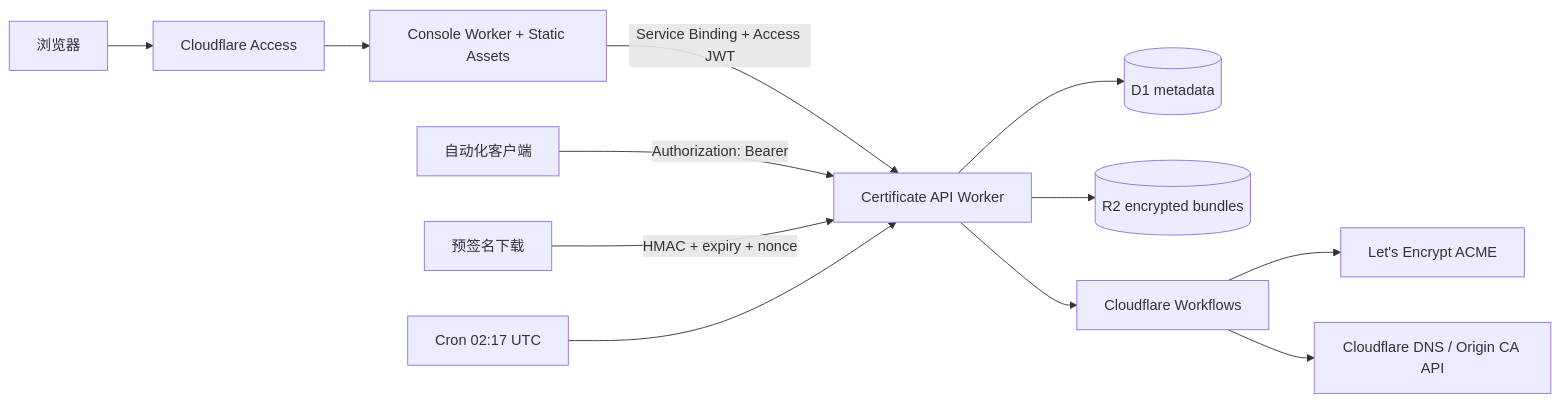
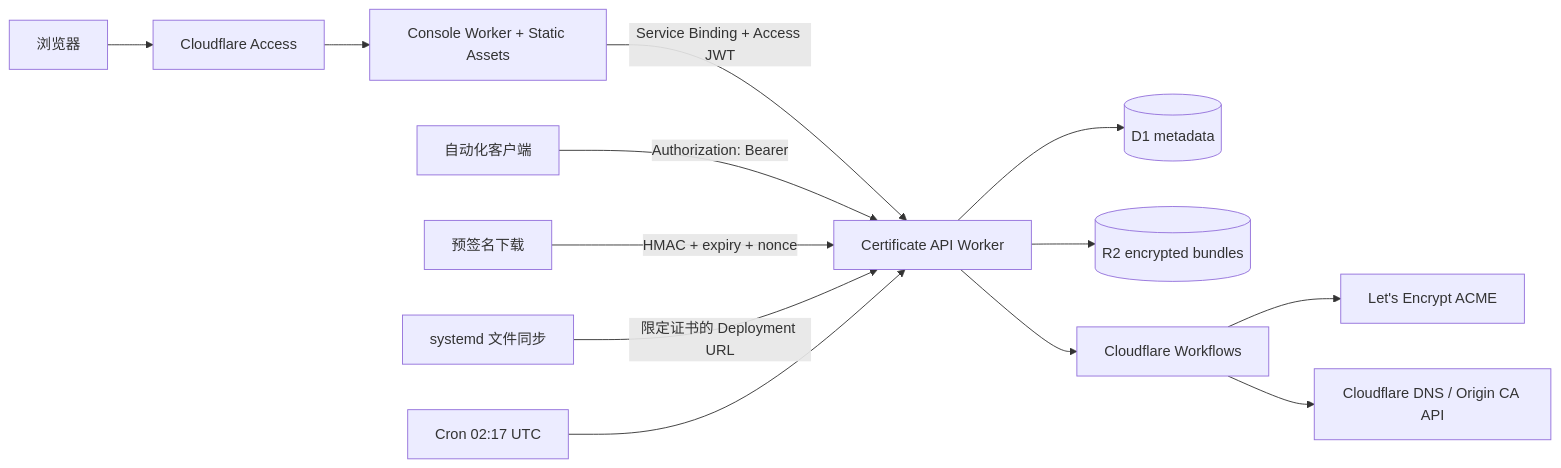
Before and after one commit to HSwift/certbot-serverless: the diagram in README_CN.md, drawn with Mermaid. The commit also changed other lines of this file and 15 other files, not shown here.

````diff
--- a/README_CN.md
+++ b/README_CN.md
@@ -14,16 +14,17 @@
 ```mermaid
 flowchart LR
   User[浏览器] --> Access[Cloudflare Access]
   Access --> Console[Console Worker + Static Assets]
   Console -->|Service Binding + Access JWT| Worker[Certificate API Worker]
 
   Client[自动化客户端] -->|Authorization: Bearer| Worker
   Download[预签名下载] -->|HMAC + expiry + nonce| Worker
+  Origin[systemd 文件同步] -->|限定证书的 Deployment URL| Worker
 
   Worker --> D1[(D1 metadata)]
   Worker --> R2[(R2 encrypted bundles)]
   Worker --> Workflow[Cloudflare Workflows]
   Cron[Cron 02:17 UTC] --> Worker
   Workflow --> LE[Let's Encrypt ACME]
   Workflow --> CFAPI[Cloudflare DNS / Origin CA API]
 ```
````
